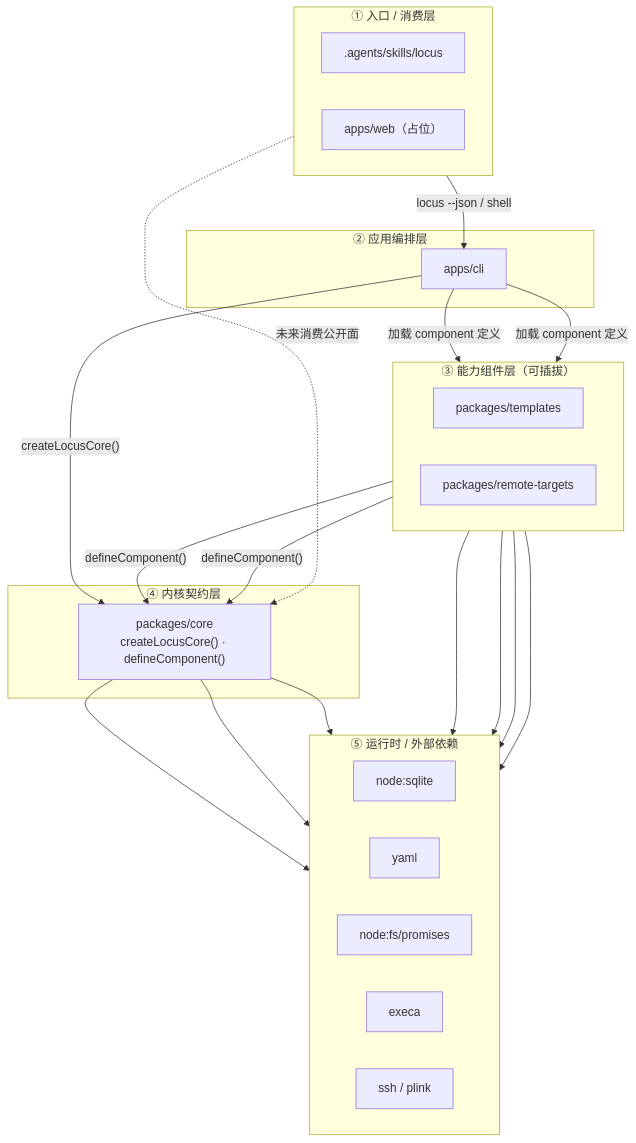
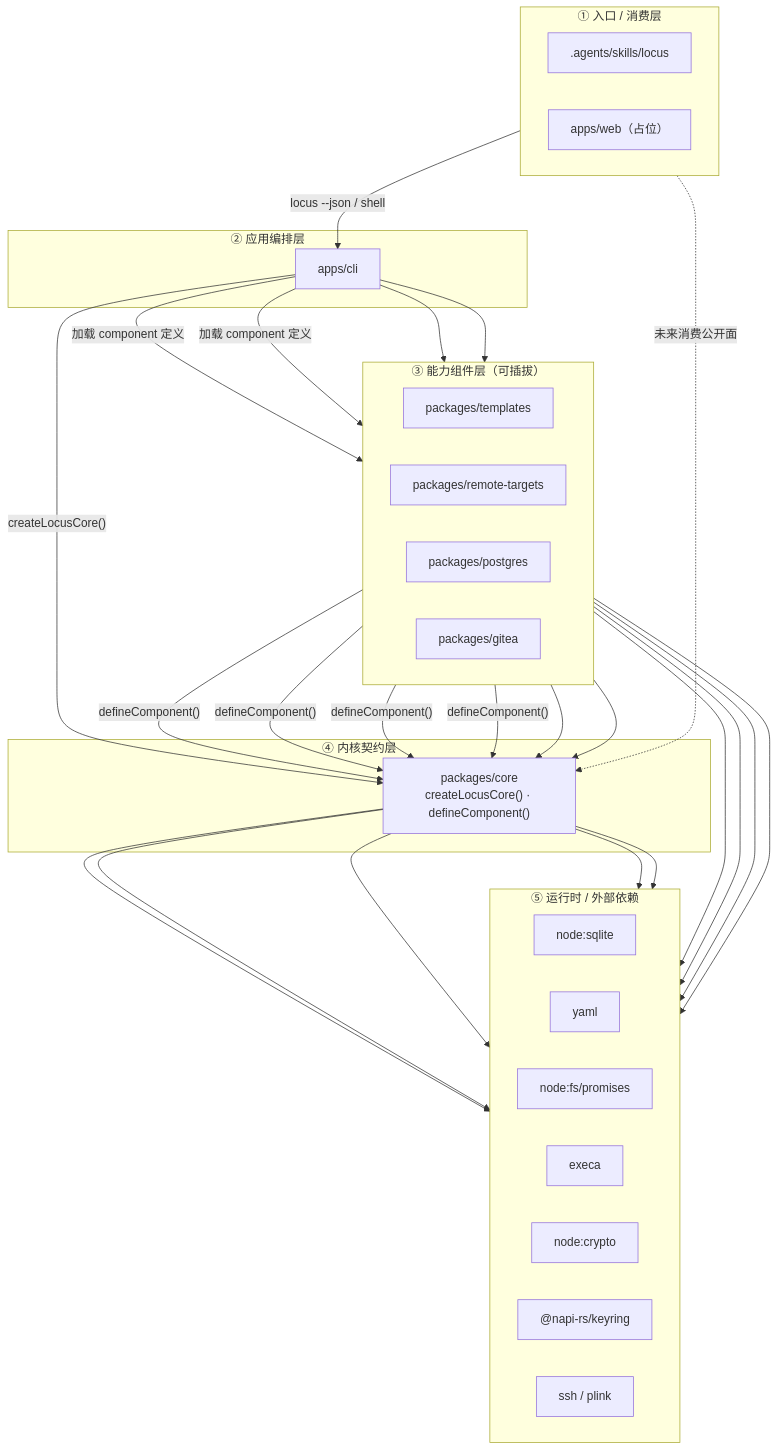
One commit to SWdrift/locus-workspace changed the diagram in docs/architecture.md. Above: the diagram before and after it, drawn with Mermaid. The commit also changed other lines of this file and 25 other files, not shown here.

````diff
--- a/docs/architecture.md
+++ b/docs/architecture.md
@@ -26,55 +29,67 @@
 ```mermaid
 flowchart TB
     subgraph L1["① 入口 / 消费层"]
         direction LR
         SKILL[".agents/skills/locus"]
         WEB["apps/web（占位）"]
     end
 
     subgraph L2["② 应用编排层"]
         CLI["apps/cli"]
     end
 
     subgraph L3["③ 能力组件层（可插拔）"]
         direction LR
         TPL["packages/templates"]
         RT["packages/remote-targets"]
+        PG["packages/postgres"]
+        GITEA["packages/gitea"]
     end
 
     subgraph L4["④ 内核契约层"]
         CORE["packages/core<br/>createLocusCore() · defineComponent()"]
     end
 
     subgraph L5["⑤ 运行时 / 外部依赖"]
         direction LR
         SQLITE["node:sqlite"]
         YAML["yaml"]
         FS["node:fs/promises"]
         EXECA["execa"]
+        NATIVE["node:crypto"]
+        KEYRING["@napi-rs/keyring"]
         SSH["ssh / plink"]
     end
 
     SKILL -->|"locus --json / shell"| CLI
     WEB -.->|"未来消费公开面"| CORE
 
     CLI -->|"加载 component 定义"| TPL
     CLI -->|"加载 component 定义"| RT
+    CLI --> PG
+    CLI --> GITEA
     CLI -->|"createLocusCore()"| CORE
 
     TPL -->|"defineComponent()"| CORE
     RT -->|"defineComponent()"| CORE
+    PG -->|"defineComponent()"| CORE
+    GITEA -->|"defineComponent()"| CORE
 
     CORE --> SQLITE
     CORE --> YAML
     CORE --> EXECA
     TPL --> FS
     RT --> YAML
     RT --> EXECA
     RT --> SSH
+    PG --> CORE
+    GITEA --> CORE
+    CORE --> NATIVE
+    CORE --> KEYRING
 
     class SKILL,WEB entry
     class CLI app
-    class TPL,RT comp
+    class TPL,RT,PG,GITEA comp
     class CORE core
-    class SQLITE,YAML,FS,EXECA,SSH infra
+    class SQLITE,YAML,FS,EXECA,SSH,NATIVE,KEYRING infra
 ```
````
